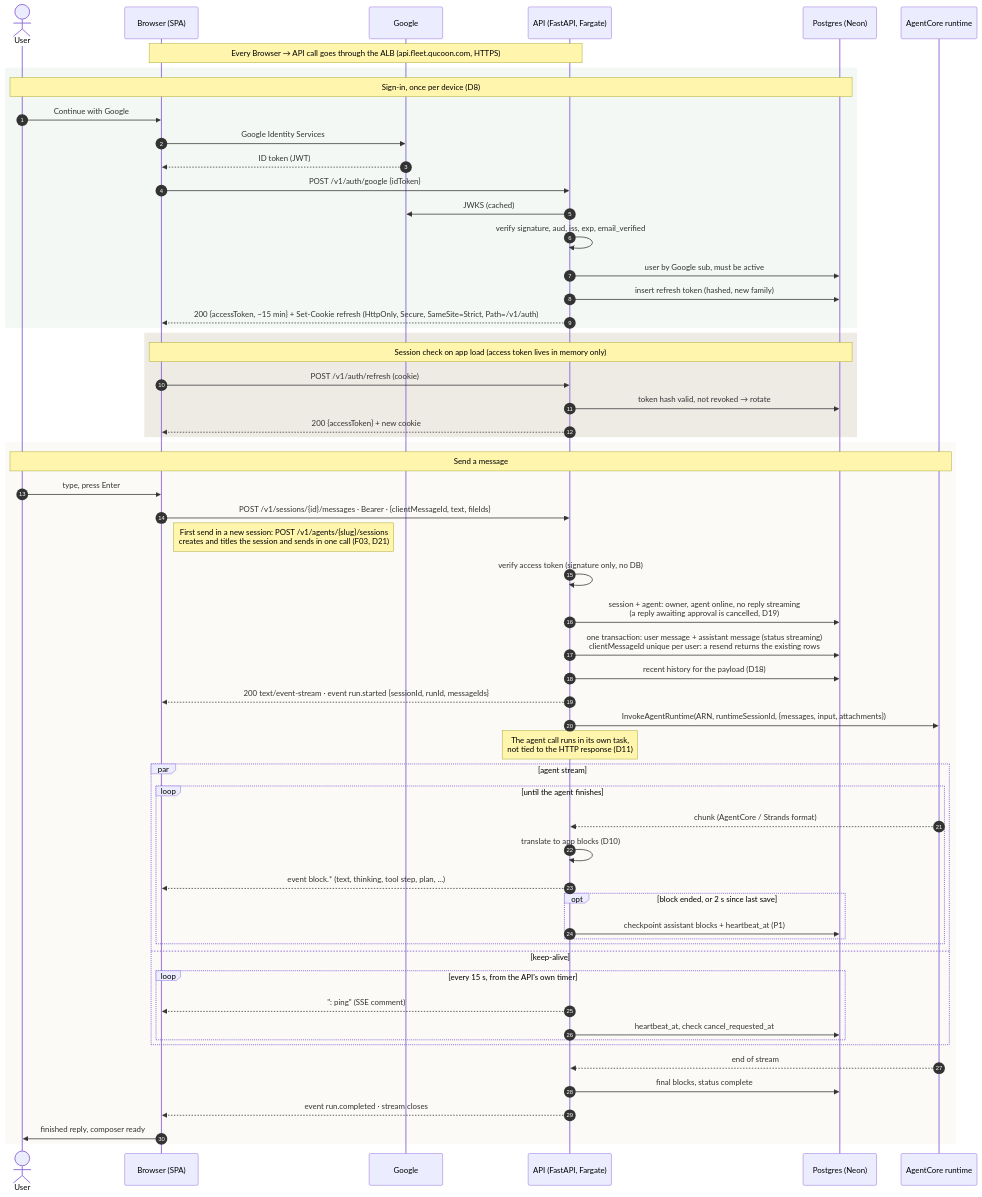
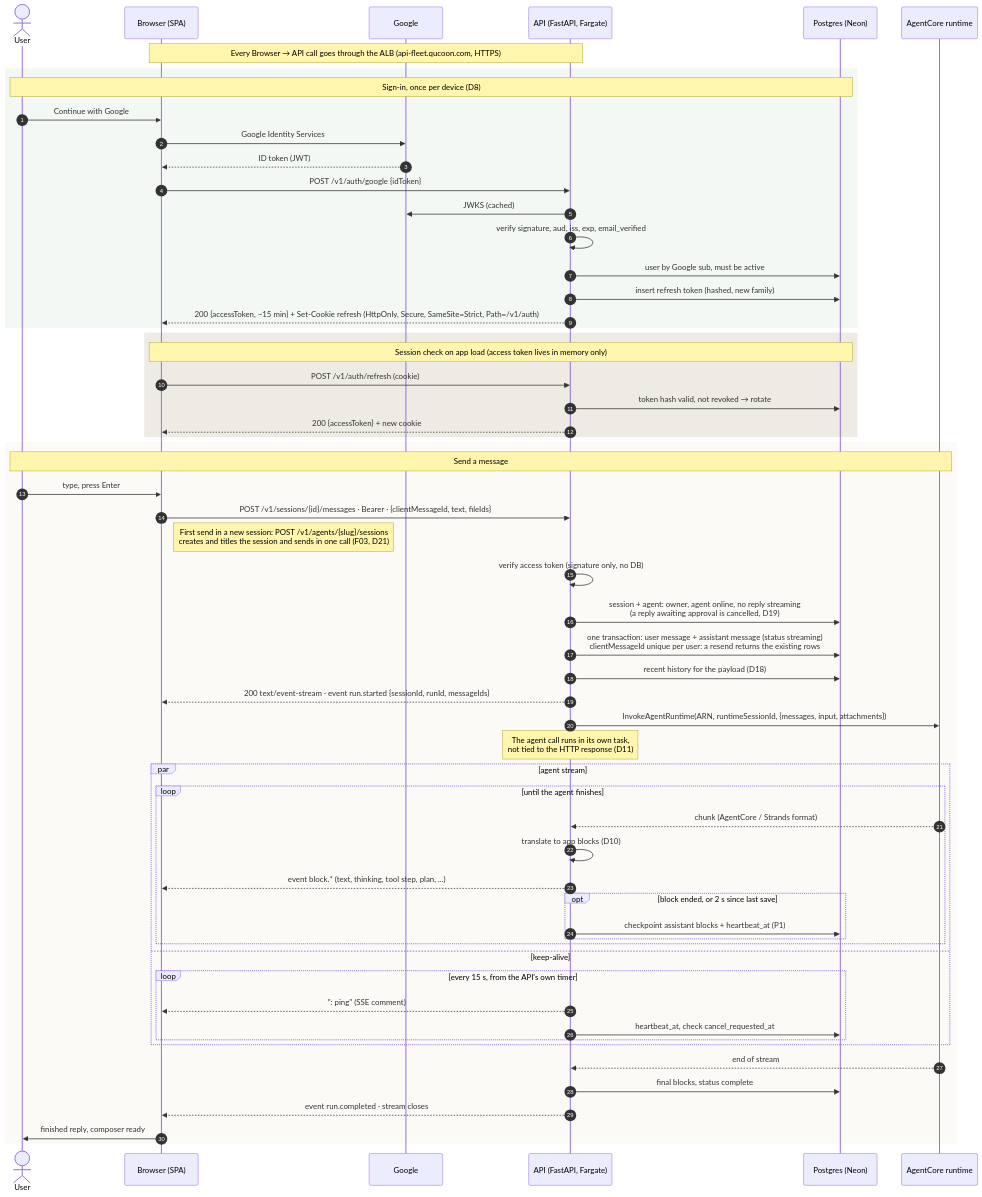
The diagram in docs/diagrams/send-message.mmd (IsraelBO17/agent_hub), drawn with Mermaid before and after one commit. The commit also changed 12 other files, not shown here.

First line of the commit message:
D25: API on api-fleet.qucoon.com with qucoon's *.qucoon.com wildcard certificate

```diff
--- a/docs/diagrams/send-message.mmd
+++ b/docs/diagrams/send-message.mmd
@@ -1,66 +1,66 @@
 %% Sequence: user sends a message (normal path). Failure paths: send-message-failures.mmd.
 %% Rules and timers: docs/SEND_MESSAGE.md. Decisions: docs/ARCHITECTURE.md (D5, D8, D10, D11, D18, D20, D21, P1).
 %% Attachments and approvals: approval-and-upload.mmd.
 sequenceDiagram
   autonumber
   actor U as User
   participant B as Browser (SPA)
   participant G as Google
   participant A as API (FastAPI, Fargate)
   participant DB as Postgres (Neon)
   participant R as AgentCore runtime
 
-  Note over B,A: Every Browser → API call goes through the ALB (api.fleet.qucoon.com, HTTPS)
+  Note over B,A: Every Browser → API call goes through the ALB (api-fleet.qucoon.com, HTTPS)
 
   rect rgb(243, 248, 245)
     Note over U,DB: Sign-in, once per device (D8)
     U->>B: Continue with Google
     B->>G: Google Identity Services
     G-->>B: ID token (JWT)
     B->>A: POST /v1/auth/google {idToken}
     A->>G: JWKS (cached)
     A->>A: verify signature, aud, iss, exp, email_verified
     A->>DB: user by Google sub, must be active
     A->>DB: insert refresh token (hashed, new family)
     A-->>B: 200 {accessToken, ~15 min} + Set-Cookie refresh (HttpOnly, Secure, SameSite=Strict, Path=/v1/auth)
   end
 
   rect rgb(238, 235, 228)
     Note over B,DB: Session check on app load (access token lives in memory only)
     B->>A: POST /v1/auth/refresh (cookie)
     A->>DB: token hash valid, not revoked → rotate
     A-->>B: 200 {accessToken} + new cookie
   end
 
   rect rgb(251, 250, 247)
     Note over U,R: Send a message
     U->>B: type, press Enter
     B->>A: POST /v1/sessions/{id}/messages · Bearer · {clientMessageId, text, fileIds}
     Note right of B: First send in a new session: POST /v1/agents/{slug}/sessions<br/>creates and titles the session and sends in one call (F03, D21)
     A->>A: verify access token (signature only, no DB)
     A->>DB: session + agent: owner, agent online, no reply streaming<br/>(a reply awaiting approval is cancelled, D19)
     A->>DB: one transaction: user message + assistant message (status streaming)<br/>clientMessageId unique per user: a resend returns the existing rows
     A->>DB: recent history for the payload (D18)
     A-->>B: 200 text/event-stream · event run.started {sessionId, runId, messageIds}
     A->>R: InvokeAgentRuntime(ARN, runtimeSessionId, {messages, input, attachments})
     Note over A: The agent call runs in its own task,<br/>not tied to the HTTP response (D11)
     par agent stream
       loop until the agent finishes
         R-->>A: chunk (AgentCore / Strands format)
         A->>A: translate to app blocks (D10)
         A-->>B: event block.* (text, thinking, tool step, plan, ...)
         opt block ended, or 2 s since last save
           A->>DB: checkpoint assistant blocks + heartbeat_at (P1)
         end
       end
     and keep-alive
       loop every 15 s, from the API's own timer
         A-->>B: ": ping" (SSE comment)
         A->>DB: heartbeat_at, check cancel_requested_at
       end
     end
     R-->>A: end of stream
     A->>DB: final blocks, status complete
     A-->>B: event run.completed · stream closes
     B->>U: finished reply, composer ready
   end
```
